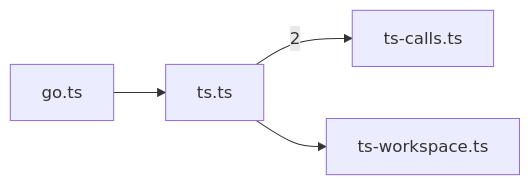
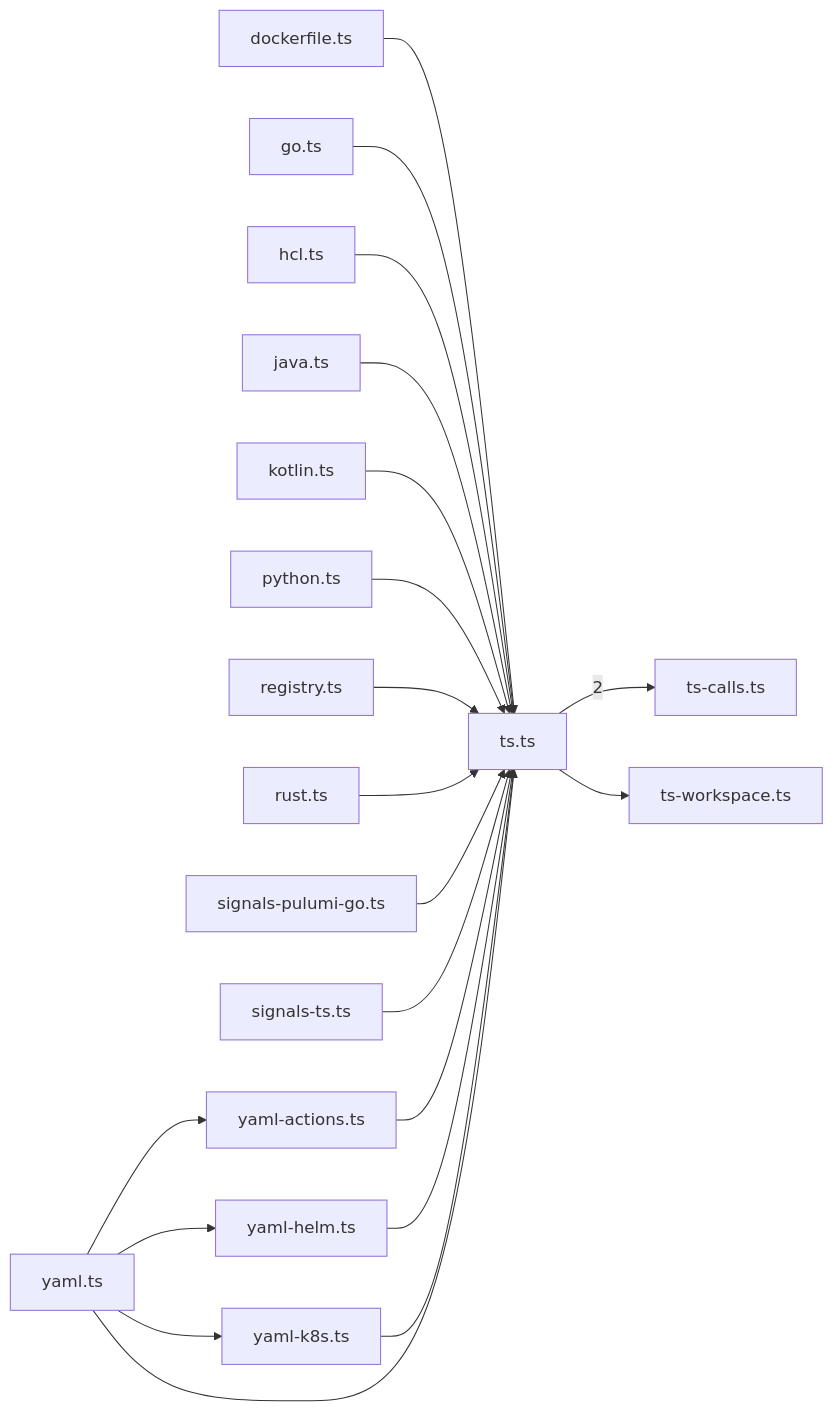
The fourth of 6 diagrams in .greplost/packages/greplost__bench/MAP.md (sns45/greplost), drawn with Mermaid before and after one commit. The commit also changed other lines of this file and 167 other files, not shown here.

First line of the commit message:
feat(build2): seam - schema 2, langOf, seven grammars, dispatch stubs, signals, references, bench harness

````diff
--- a/.greplost/packages/greplost__bench/MAP.md
+++ b/.greplost/packages/greplost__bench/MAP.md
@@ -197,10 +157,39 @@
 ```mermaid
 graph LR
+  bench_src_truth_dockerfile_ts["dockerfile.ts"]
   bench_src_truth_go_ts["go.ts"]
+  bench_src_truth_hcl_ts["hcl.ts"]
+  bench_src_truth_java_ts["java.ts"]
+  bench_src_truth_kotlin_ts["kotlin.ts"]
+  bench_src_truth_python_ts["python.ts"]
+  bench_src_truth_registry_ts["registry.ts"]
+  bench_src_truth_rust_ts["rust.ts"]
+  bench_src_truth_signals_pulumi_go_ts["signals-pulumi-go.ts"]
+  bench_src_truth_signals_ts_ts["signals-ts.ts"]
   bench_src_truth_ts_calls_ts["ts-calls.ts"]
   bench_src_truth_ts_ts["ts.ts"]
   bench_src_truth_ts_workspace_ts["ts-workspace.ts"]
+  bench_src_truth_yaml_actions_ts["yaml-actions.ts"]
+  bench_src_truth_yaml_helm_ts["yaml-helm.ts"]
+  bench_src_truth_yaml_k8s_ts["yaml-k8s.ts"]
+  bench_src_truth_yaml_ts["yaml.ts"]
+  bench_src_truth_dockerfile_ts --> bench_src_truth_ts_ts
   bench_src_truth_go_ts --> bench_src_truth_ts_ts
+  bench_src_truth_hcl_ts --> bench_src_truth_ts_ts
+  bench_src_truth_java_ts --> bench_src_truth_ts_ts
+  bench_src_truth_kotlin_ts --> bench_src_truth_ts_ts
+  bench_src_truth_python_ts --> bench_src_truth_ts_ts
+  bench_src_truth_registry_ts --> bench_src_truth_ts_ts
+  bench_src_truth_rust_ts --> bench_src_truth_ts_ts
+  bench_src_truth_signals_pulumi_go_ts --> bench_src_truth_ts_ts
+  bench_src_truth_signals_ts_ts --> bench_src_truth_ts_ts
   bench_src_truth_ts_ts -->|2| bench_src_truth_ts_calls_ts
   bench_src_truth_ts_ts --> bench_src_truth_ts_workspace_ts
+  bench_src_truth_yaml_actions_ts --> bench_src_truth_ts_ts
+  bench_src_truth_yaml_helm_ts --> bench_src_truth_ts_ts
+  bench_src_truth_yaml_k8s_ts --> bench_src_truth_ts_ts
+  bench_src_truth_yaml_ts --> bench_src_truth_ts_ts
+  bench_src_truth_yaml_ts --> bench_src_truth_yaml_actions_ts
+  bench_src_truth_yaml_ts --> bench_src_truth_yaml_helm_ts
+  bench_src_truth_yaml_ts --> bench_src_truth_yaml_k8s_ts
 ```
````
